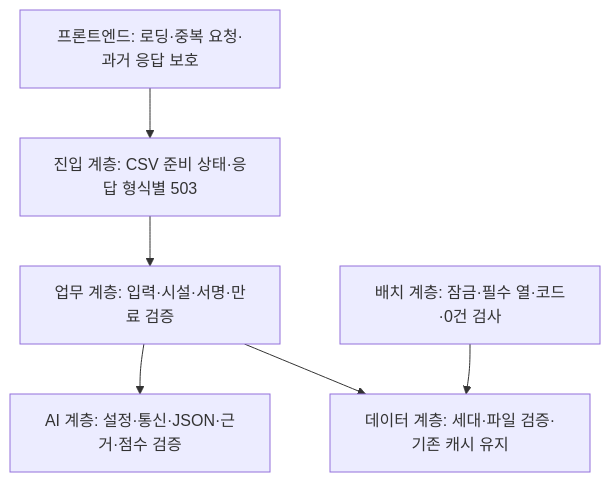
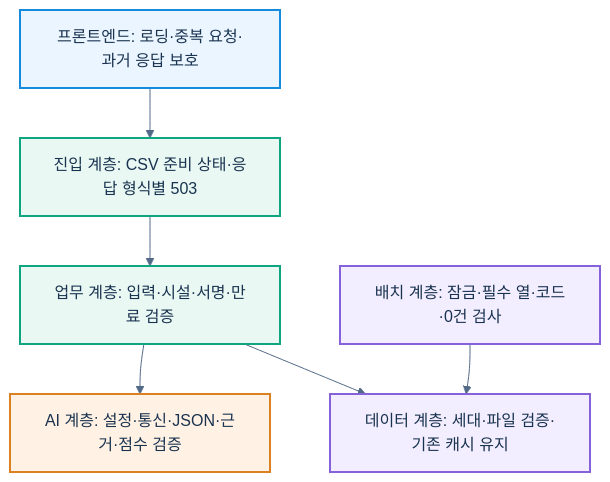
One commit to encore-ai-campus/mlo-02-p1-team1 changed the fifth of 5 diagrams in README.md. Above: the diagram before and after it, drawn with Mermaid. The commit also changed other lines of this file and 581 other files, not shown here.

````diff
--- a/README.md
+++ b/README.md
@@ -292,13 +352,22 @@
 ```mermaid
+%%{init: {'theme': 'base', 'themeVariables': {'fontFamily': 'sans-serif', 'fontSize': '16px', 'lineColor': '#526A87', 'primaryTextColor': '#19324F', 'background': '#F5F8FC'}}}%%
 flowchart TD
     UI[프론트엔드: 로딩·중복 요청·과거 응답 보호]
     Gate[진입 계층: CSV 준비 상태·응답 형식별 503]
     Biz[업무 계층: 입력·시설·서명·만료 검증]
     AI[AI 계층: 설정·통신·JSON·근거·점수 검증]
     Data[데이터 계층: 세대·파일 검증·기존 캐시 유지]
     Batch[배치 계층: 잠금·필수 열·코드·0건 검사]
     UI --> Gate --> Biz
     Biz --> AI
     Biz --> Data
     Batch --> Data
+    classDef front fill:#EAF5FF,stroke:#148BDD,color:#19324F,stroke-width:2px
+    classDef backend fill:#E9F8F3,stroke:#0FA580,color:#19324F,stroke-width:2px
+    classDef data fill:#F2EDFF,stroke:#8562D9,color:#19324F,stroke-width:2px
+    classDef ai fill:#FFF2E4,stroke:#DB8121,color:#19324F,stroke-width:2px
+    class UI front
+    class Gate,Biz backend
+    class AI ai
+    class Data,Batch data
 ```
````
